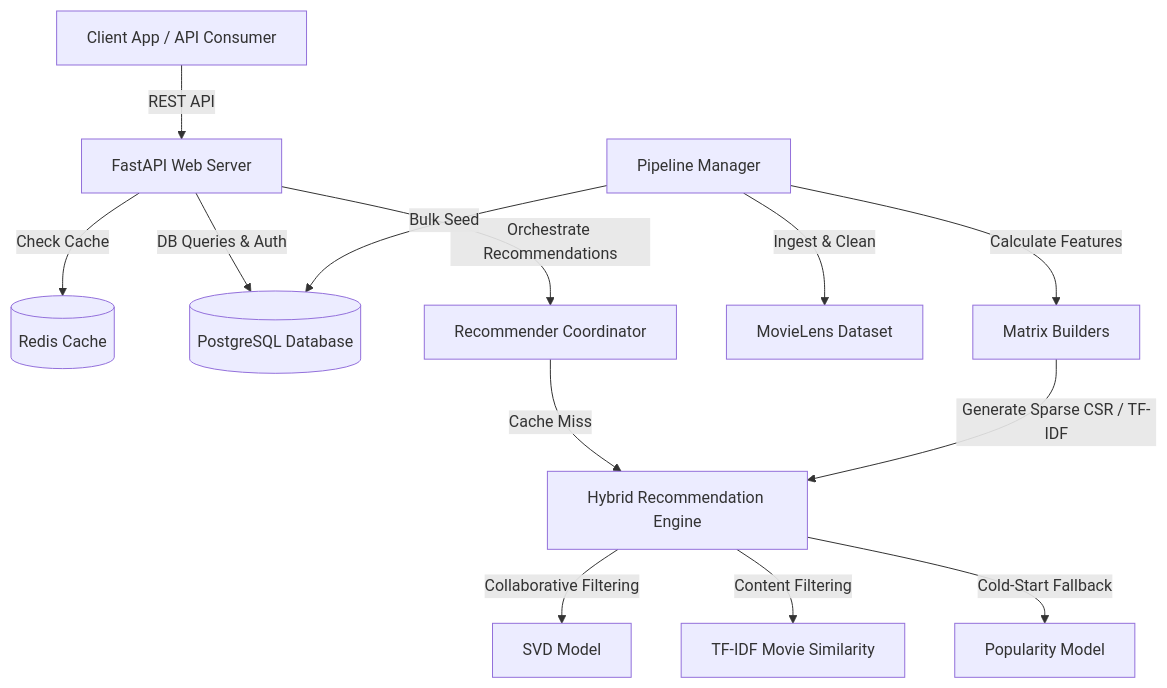
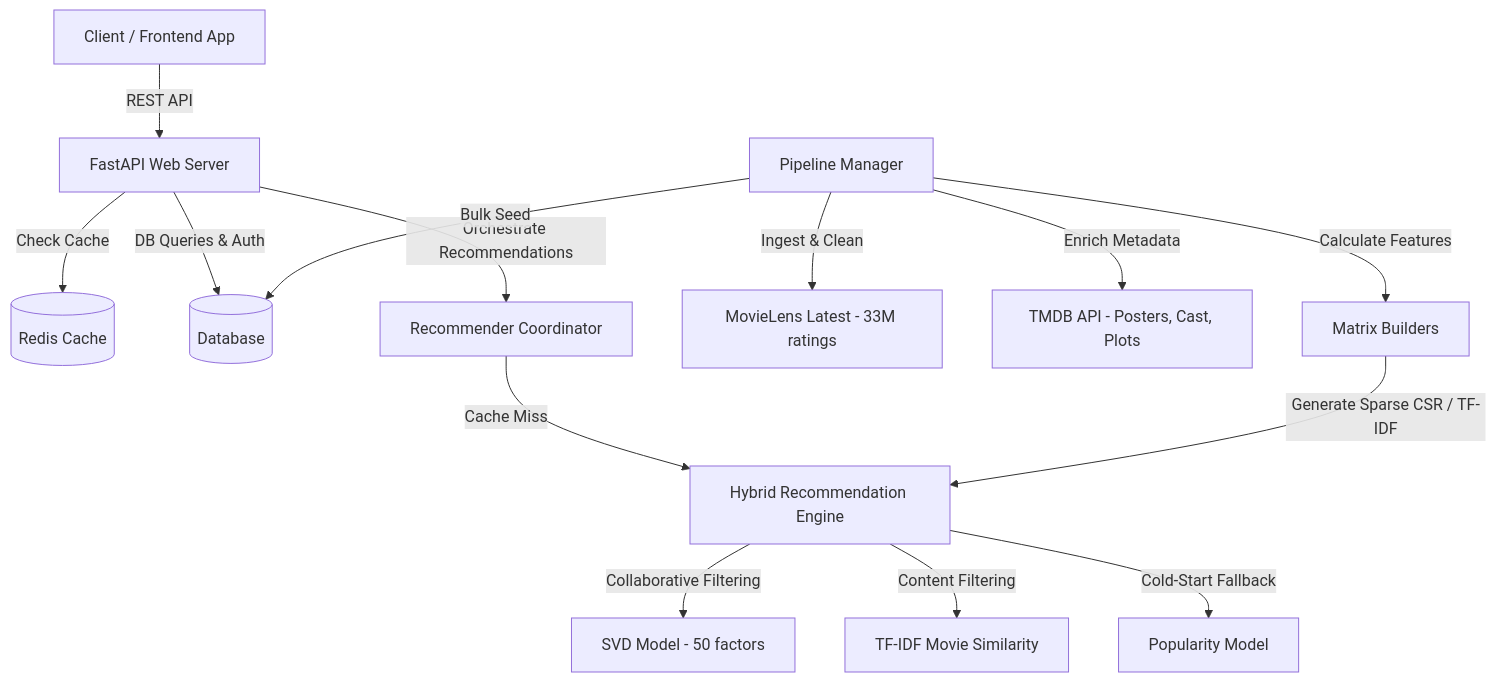
Before and after one commit to aryadhotre/MOVICO: the diagram in README.md, drawn with Mermaid. The commit also changed other lines of this file and 33 other files, not shown here.

Commit message:
feat: upgrade to MovieLens Latest (33M+ ratings), add TMDB metadata enrichment, configurable SVD training

````diff
--- a/README.md
+++ b/README.md
@@ -11,17 +25,18 @@
 ```mermaid
 graph TD
-    A[Client App / API Consumer] -->|REST API| B[FastAPI Web Server]
+    A[Client / Frontend App] -->|REST API| B[FastAPI Web Server]
     B -->|Check Cache| C[(Redis Cache)]
-    B -->|DB Queries & Auth| D[(PostgreSQL Database)]
+    B -->|DB Queries & Auth| D[(Database)]
     B -->|Orchestrate Recommendations| E[Recommender Coordinator]
     
     E -->|Cache Miss| F[Hybrid Recommendation Engine]
-    F -->|Collaborative Filtering| G[SVD Model]
+    F -->|Collaborative Filtering| G[SVD Model - 50 factors]
     F -->|Content Filtering| H[TF-IDF Movie Similarity]
     F -->|Cold-Start Fallback| I[Popularity Model]
     
-    J[Pipeline Manager] -->|Ingest & Clean| K[MovieLens Dataset]
-    J -->|Calculate Features| L[Matrix Builders]
-    L -->|Generate Sparse CSR / TF-IDF| F
+    J[Pipeline Manager] -->|Ingest & Clean| K[MovieLens Latest - 33M ratings]
+    J -->|Enrich Metadata| L[TMDB API - Posters, Cast, Plots]
+    J -->|Calculate Features| M[Matrix Builders]
+    M -->|Generate Sparse CSR / TF-IDF| F
     J -->|Bulk Seed| D
 ```
````
